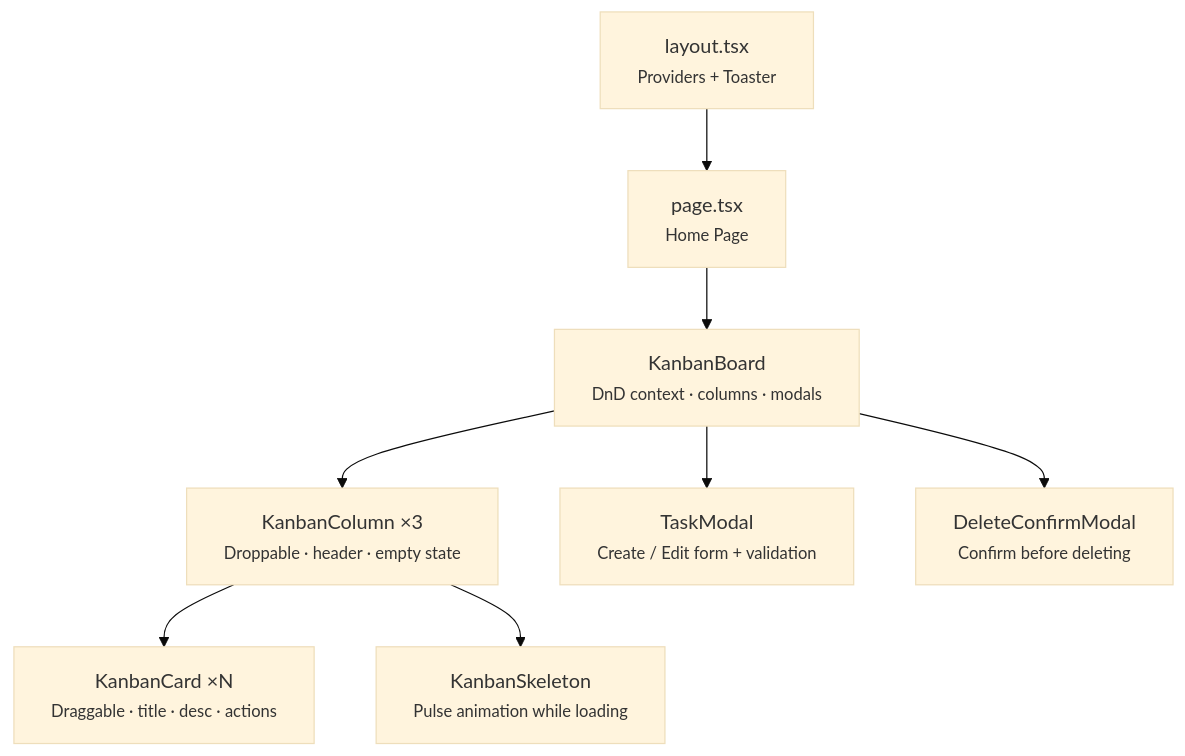
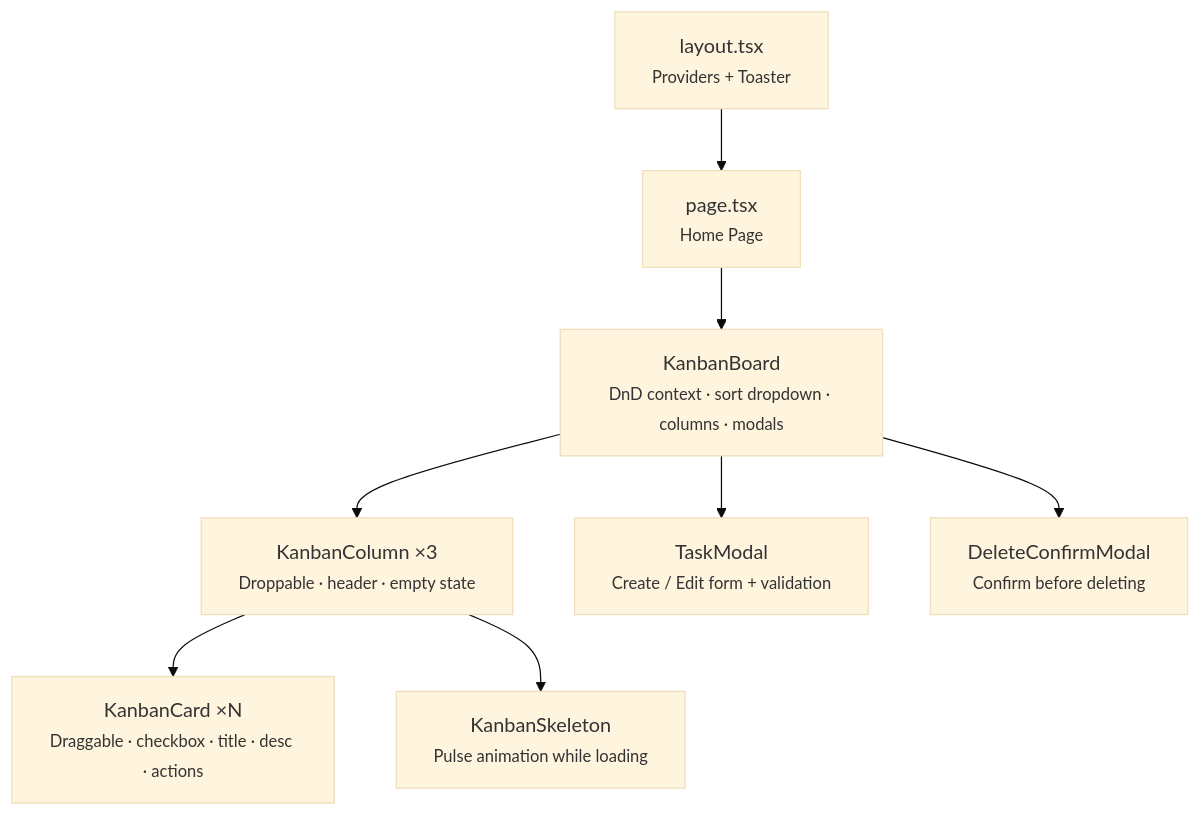
One commit to nurulizyansyaza/personal-task-tracker-frontend changed the first of 4 diagrams in README.md. Above: the diagram before and after it, drawn with Mermaid (base theme). The commit also changed other lines of this file and 1 other file, not shown here.

````diff
--- a/README.md
+++ b/README.md
@@ -87,19 +87,19 @@
 ```mermaid
 graph TD
  Layout["layout.tsx<br/><small>Providers + Toaster</small>"]
  Page["page.tsx<br/><small>Home Page</small>"]
- Board["KanbanBoard<br/><small>DnD context · columns · modals</small>"]
+ Board["KanbanBoard<br/><small>DnD context · sort dropdown · columns · modals</small>"]
  Col["KanbanColumn ×3<br/><small>Droppable · header · empty state</small>"]
- Card["KanbanCard ×N<br/><small>Draggable · title · desc · actions</small>"]
+ Card["KanbanCard ×N<br/><small>Draggable · checkbox · title · desc · actions</small>"]
  Skel["KanbanSkeleton<br/><small>Pulse animation while loading</small>"]
  TModal["TaskModal<br/><small>Create / Edit form + validation</small>"]
  DModal["DeleteConfirmModal<br/><small>Confirm before deleting</small>"]
 
  Layout --> Page
  Page --> Board
  Board --> Col
  Board --> TModal
  Board --> DModal
  Col --> Card
  Col --> Skel
 ```
````
